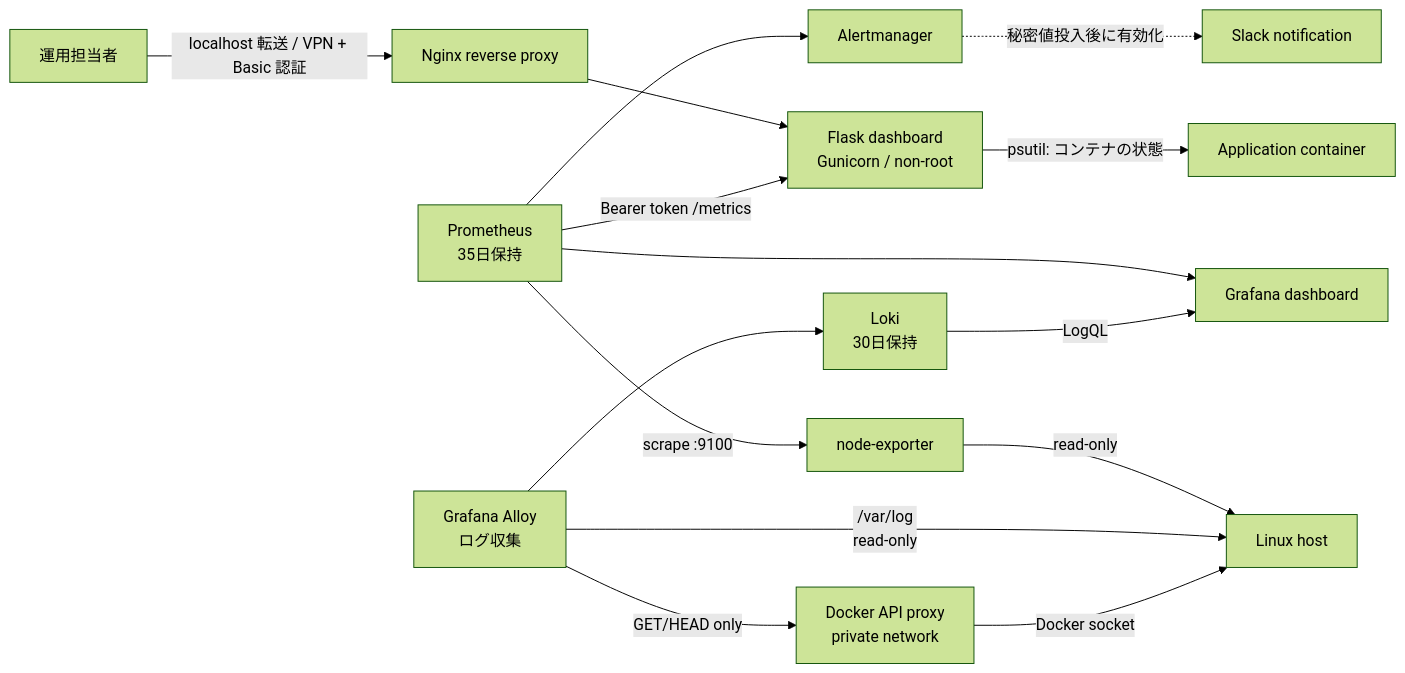
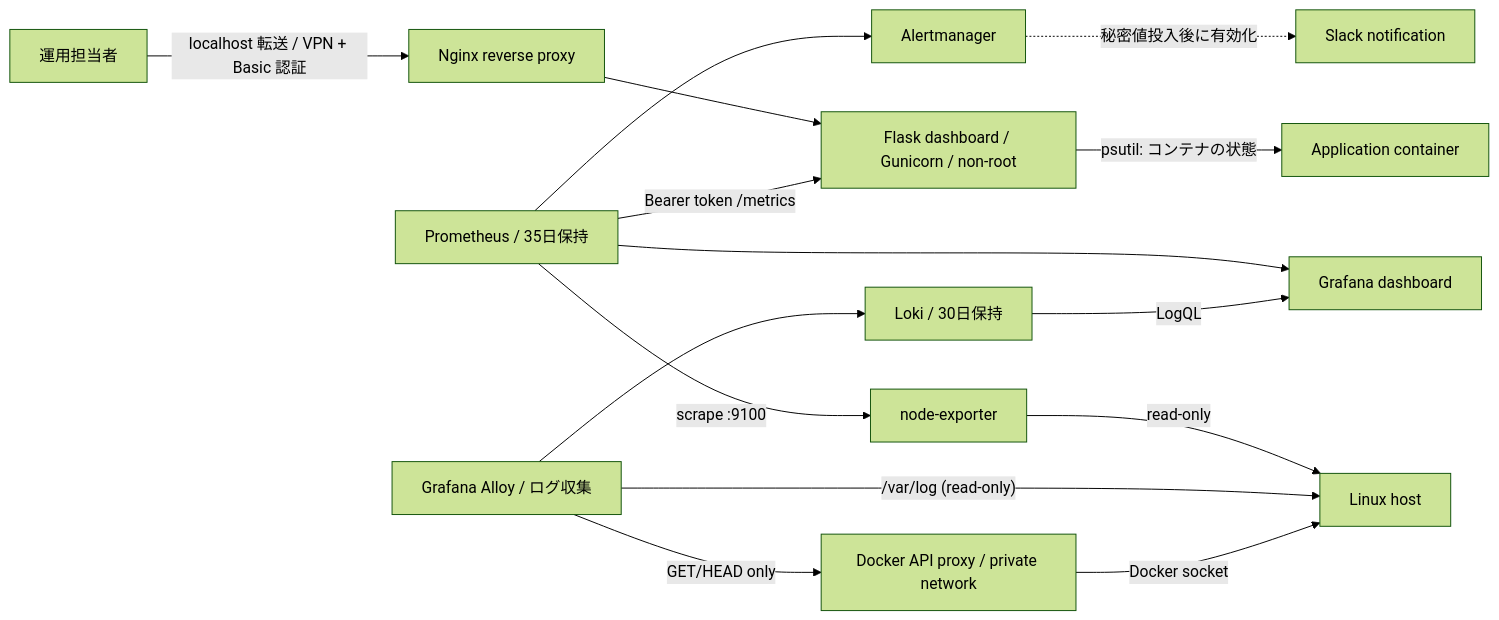
One commit to ns7jp/server changed the first of 2 diagrams in docs/architecture.md. Above: the diagram before and after it, drawn with Mermaid (forest theme). The commit also changed other lines of this file and 8 other files, not shown here.

Commit message:
Fix Mermaid diagrams on GitHub

````diff
--- a/docs/architecture.md
+++ b/docs/architecture.md
@@ -9,25 +9,19 @@
 ```mermaid
 flowchart LR
     User["運用担当者"] -->|"localhost 転送 / VPN + Basic 認証"| Nginx["Nginx reverse proxy"]
-    Nginx --> App["`Flask dashboard
-    Gunicorn / non-root`"]
+    Nginx --> App["Flask dashboard / Gunicorn / non-root"]
     App -->|"psutil: コンテナの状態"| Container["Application container"]
 
-    Prom["`Prometheus
-    35日保持`"] -->|"Bearer token /metrics"| App
+    Prom["Prometheus / 35日保持"] -->|"Bearer token /metrics"| App
     Prom -->|"scrape :9100"| Node["node-exporter"]
     Node -->|"read-only"| Host["Linux host"]
     Prom --> Grafana["Grafana dashboard"]
     Prom --> Alert["Alertmanager"]
     Alert -.->|"秘密値投入後に有効化"| Slack["Slack notification"]
 
-    Alloy["`Grafana Alloy
-    ログ収集`"] -->|"`/var/log
-    read-only`"| Host
-    Alloy -->|"GET/HEAD only"| DockerProxy["`Docker API proxy
-    private network`"]
+    Alloy["Grafana Alloy / ログ収集"] -->|"/var/log (read-only)"| Host
+    Alloy -->|"GET/HEAD only"| DockerProxy["Docker API proxy / private network"]
     DockerProxy -->|"Docker socket"| Host
-    Alloy --> Loki["`Loki
-    30日保持`"]
+    Alloy --> Loki["Loki / 30日保持"]
     Loki -->|"LogQL"| Grafana
 ```
````
